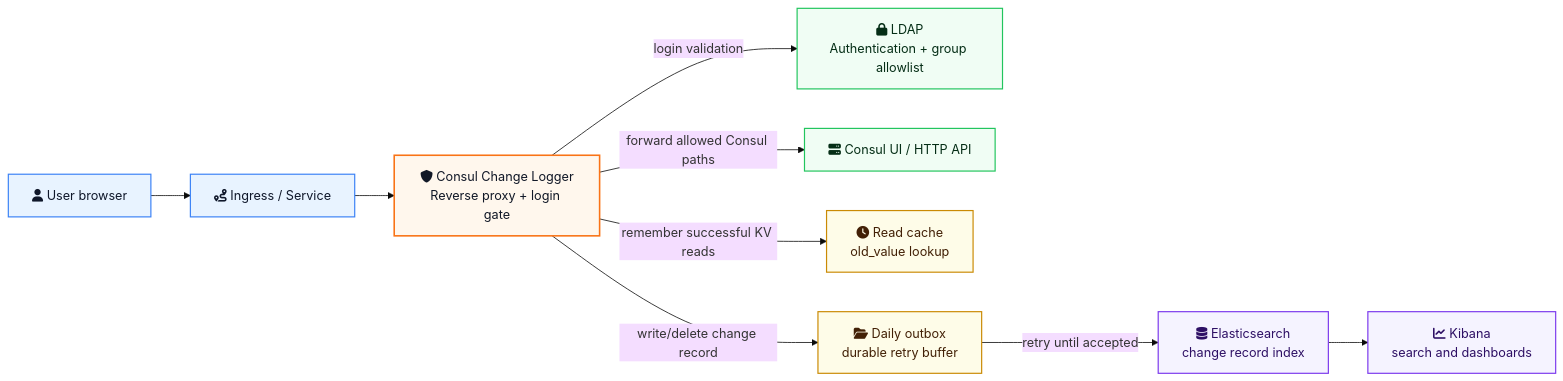
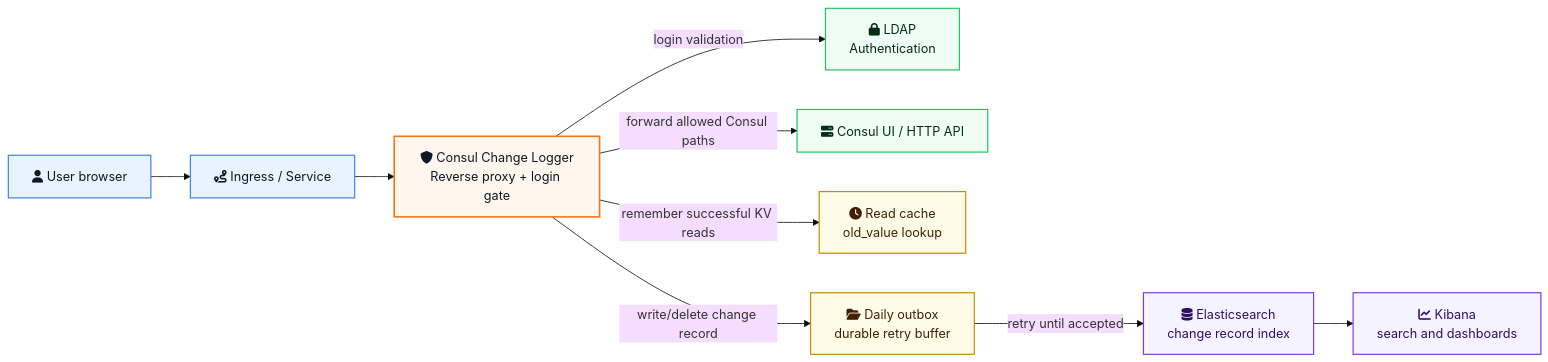
One commit to sinanakyazici/ConsulChangeLogger changed the diagram in README.md. Above: the diagram before and after it, drawn with Mermaid (base theme). The commit also changed other lines of this file and 17 other files, not shown here.

````diff
--- a/README.md
+++ b/README.md
@@ -14,33 +14,33 @@
 ```mermaid
 flowchart LR
     user["fa:fa-user User browser"]
     ingress["fa:fa-route Ingress / Service"]
     proxy["fa:fa-shield Consul Change Logger<br/>Reverse proxy + login gate"]
-    ldap["fa:fa-lock LDAP<br/>Authentication + group allowlist"]
+    ldap["fa:fa-lock LDAP<br/>Authentication"]
     consul["fa:fa-server Consul UI / HTTP API"]
     cache["fa:fa-clock Read cache<br/>old_value lookup"]
     outbox["fa:fa-folder-open Daily outbox<br/>durable retry buffer"]
     elastic["fa:fa-database Elasticsearch<br/>change record index"]
     kibana["fa:fa-chart-line Kibana<br/>search and dashboards"]
 
     user --> ingress --> proxy
     proxy -->|login validation| ldap
     proxy -->|forward allowed Consul paths| consul
     proxy -->|remember successful KV reads| cache
     proxy -->|write/delete change record| outbox
     outbox -->|retry until accepted| elastic
     elastic --> kibana
 
     classDef userNode fill:#E8F3FF,stroke:#3B82F6,color:#0F172A,stroke-width:1.5px
     classDef proxyNode fill:#FFF7ED,stroke:#F97316,color:#111827,stroke-width:2px
     classDef authNode fill:#F0FDF4,stroke:#22C55E,color:#052E16,stroke-width:1.5px
     classDef dataNode fill:#FDF2F8,stroke:#DB2777,color:#500724,stroke-width:1.5px
     classDef storageNode fill:#FEFCE8,stroke:#CA8A04,color:#422006,stroke-width:1.5px
     classDef observeNode fill:#F5F3FF,stroke:#7C3AED,color:#2E1065,stroke-width:1.5px
 
     class user,ingress userNode
     class proxy proxyNode
     class ldap,consul authNode
     class cache,outbox storageNode
     class elastic,kibana observeNode
 ```
````
